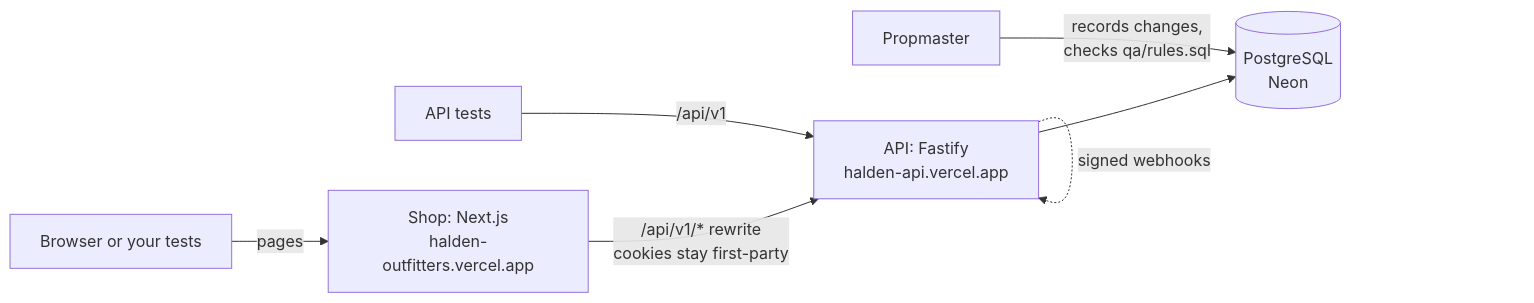
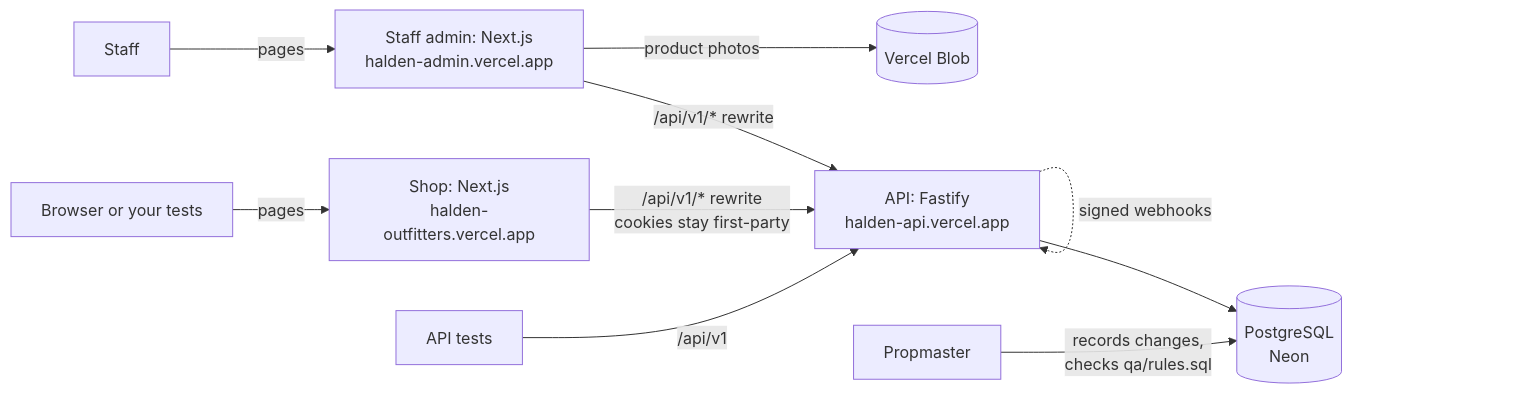
The first of 2 diagrams in README.md (rameshlakmal/halden-outfitters), drawn with Mermaid before and after one commit. The commit also changed other lines of this file, not shown here.

First line of the commit message:
README: the staff admin, accounts and current numbers

````diff
--- a/README.md
+++ b/README.md
@@ -227,9 +255,12 @@
 ```mermaid
 flowchart LR
   B[Browser or your tests] -->|pages| W[Shop: Next.js<br/>halden-outfitters.vercel.app]
+  S[Staff] -->|pages| M[Staff admin: Next.js<br/>halden-admin.vercel.app]
   W -->|/api/v1/* rewrite<br/>cookies stay first-party| A[API: Fastify<br/>halden-api.vercel.app]
+  M -->|/api/v1/* rewrite| A
+  M -->|product photos| BL[(Vercel Blob)]
   T[API tests] -->|/api/v1| A
   A --> D[(PostgreSQL<br/>Neon)]
   A -.->|signed webhooks| A
   P[Propmaster] -->|records changes,<br/>checks qa/rules.sql| D
 ```
````
